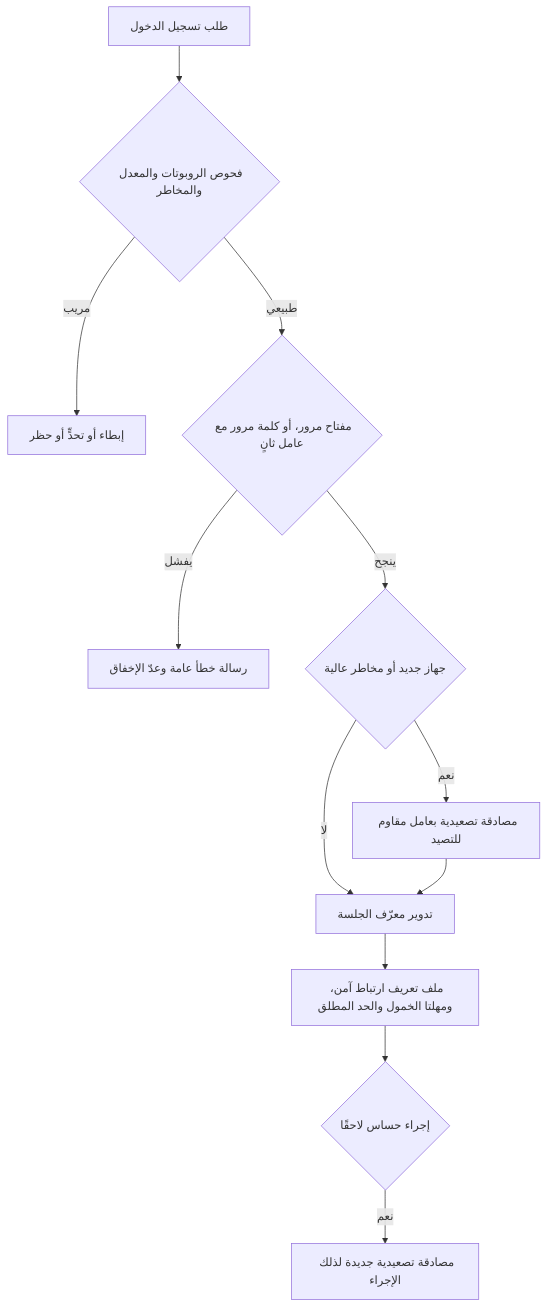
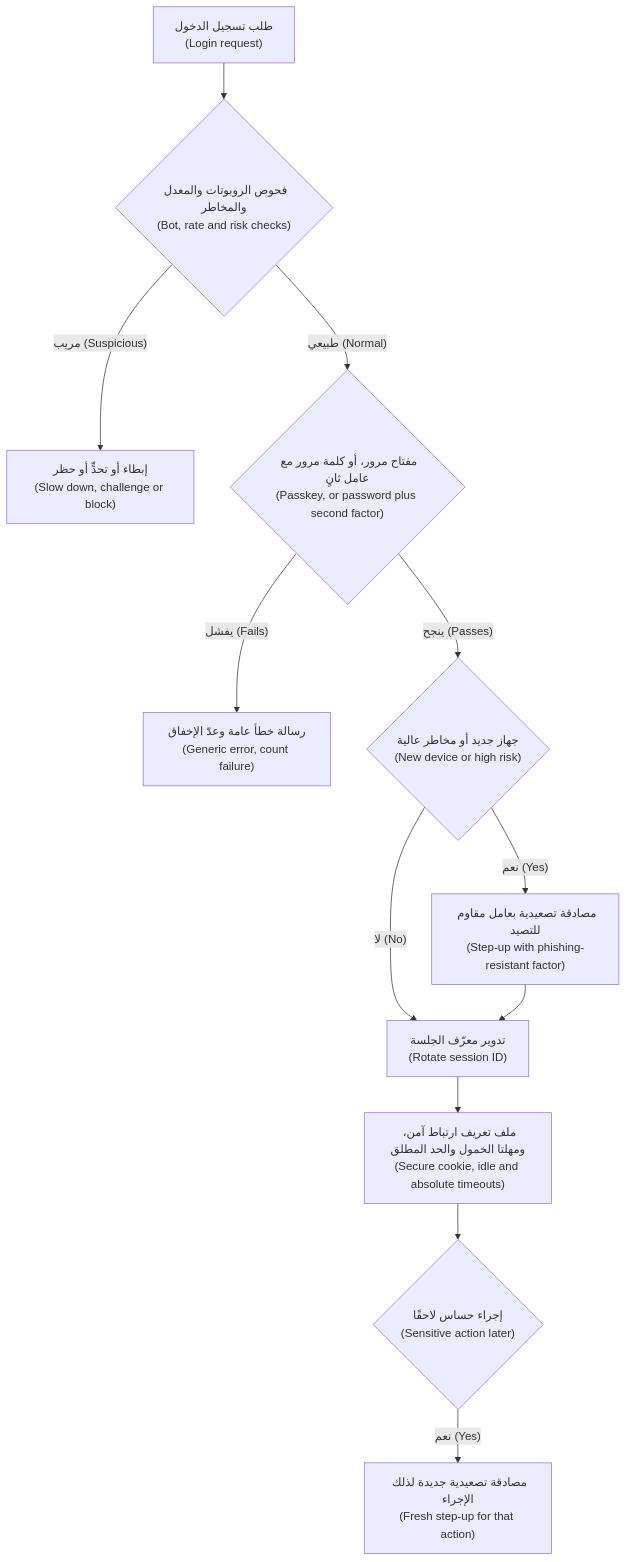
The first of 3 diagrams in secai/modules/03-identity.ar.md (Tamoura/system-design-for-vibe-coders), drawn with Mermaid before and after one commit. The commit also changed other lines of this file and 11 other files, not shown here.

First line of the commit message:
Security course: Arabic modules 10–11 reviewed; RTL diagrams with English labels for modules 0–11

````diff
--- a/secai/modules/03-identity.ar.md
+++ b/secai/modules/03-identity.ar.md
@@ -98,14 +98,14 @@
 ```mermaid
 flowchart TD
-    A["طلب تسجيل الدخول"] --> B{"فحوص الروبوتات والمعدل والمخاطر"}
-    B -->|"مريب"| C["إبطاء أو تحدٍّ أو حظر"]
-    B -->|"طبيعي"| D{"مفتاح مرور، أو كلمة مرور مع عامل ثانٍ"}
-    D -->|"يفشل"| E["رسالة خطأ عامة وعدّ الإخفاق"]
-    D -->|"ينجح"| F{"جهاز جديد أو مخاطر عالية"}
-    F -->|"نعم"| G["مصادقة تصعيدية بعامل مقاوم للتصيد"]
-    F -->|"لا"| H["تدوير معرّف الجلسة"]
+    A["طلب تسجيل الدخول<br/>(Login request)"] --> B{"فحوص الروبوتات والمعدل والمخاطر<br/>(Bot, rate and risk checks)"}
+    B -->|"مريب (Suspicious)"| C["إبطاء أو تحدٍّ أو حظر<br/>(Slow down, challenge or block)"]
+    B -->|"طبيعي (Normal)"| D{"مفتاح مرور، أو كلمة مرور مع عامل ثانٍ<br/>(Passkey, or password plus second factor)"}
+    D -->|"يفشل (Fails)"| E["رسالة خطأ عامة وعدّ الإخفاق<br/>(Generic error, count failure)"]
+    D -->|"ينجح (Passes)"| F{"جهاز جديد أو مخاطر عالية<br/>(New device or high risk)"}
+    F -->|"نعم (Yes)"| G["مصادقة تصعيدية بعامل مقاوم للتصيد<br/>(Step-up with phishing-resistant factor)"]
+    F -->|"لا (No)"| H["تدوير معرّف الجلسة<br/>(Rotate session ID)"]
     G --> H
-    H --> I["ملف تعريف ارتباط آمن، ومهلتا الخمول والحد المطلق"]
-    I --> J{"إجراء حساس لاحقًا"}
-    J -->|"نعم"| K["مصادقة تصعيدية جديدة لذلك الإجراء"]
+    H --> I["ملف تعريف ارتباط آمن، ومهلتا الخمول والحد المطلق<br/>(Secure cookie, idle and absolute timeouts)"]
+    I --> J{"إجراء حساس لاحقًا<br/>(Sensitive action later)"}
+    J -->|"نعم (Yes)"| K["مصادقة تصعيدية جديدة لذلك الإجراء<br/>(Fresh step-up for that action)"]
 ```
````
